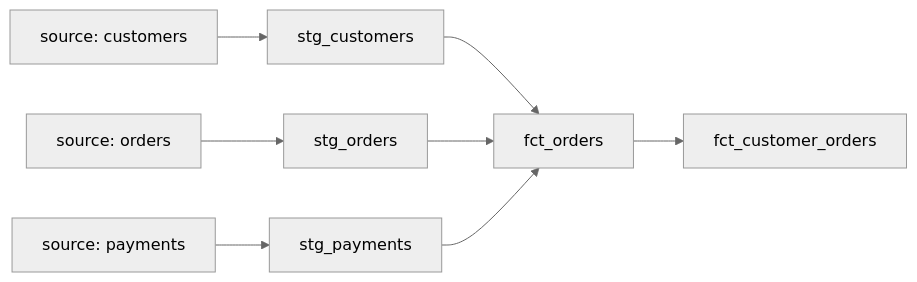
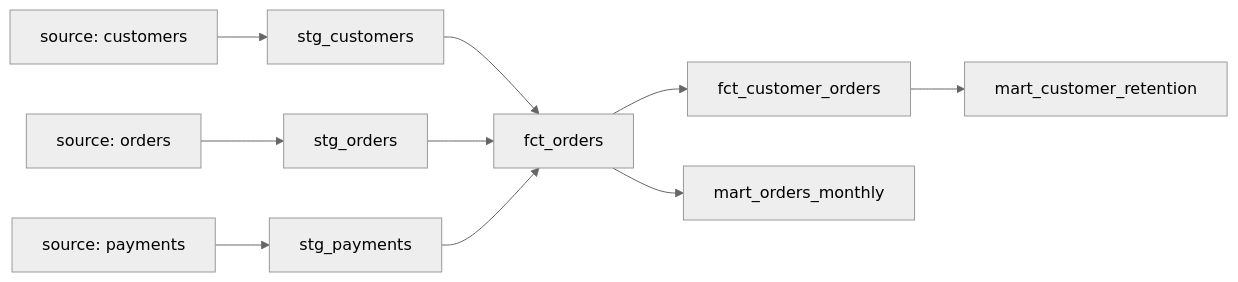
One commit to esonsino/SQL_Data_Engineering_Projects changed the diagram in dbt_project_jaffle_shop/README.md. Above: the diagram before and after it, drawn with Mermaid (neutral theme). The commit also changed other lines of this file and 1 other file, not shown here.

Commit message:
Updated the readme file with the new mart tables.

````diff
--- a/dbt_project_jaffle_shop/README.md
+++ b/dbt_project_jaffle_shop/README.md
@@ -37,12 +40,14 @@
 ```mermaid
 flowchart LR
     A[source: customers] --> B[stg_customers]
     C[source: orders] --> D[stg_orders]
     E[source: payments] --> F[stg_payments]
 
     B --> G[fct_orders]
     D --> G
     F --> G
 
-    G --> I[fct_customer_orders]
+    G --> H[fct_customer_orders]
+    G --> I[mart_orders_monthly]
+    H --> J[mart_customer_retention]
 ```
````
